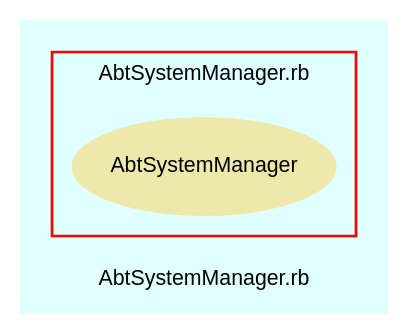
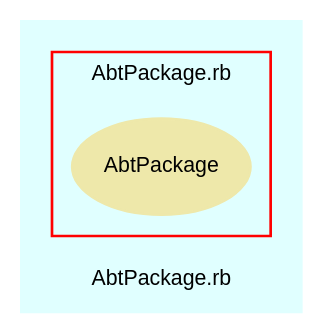
Before and after one commit to eschabell/abtlinux: the diagram in src/trunk/doc/dot/f_3.dot, drawn with Graphviz. The commit also changed 52 other files, not shown here.

Commit message:
Added test cases for AbtPackageMananger to suite, generated docs.

```diff
--- a/src/trunk/doc/dot/f_3.dot
+++ b/src/trunk/doc/dot/f_3.dot
@@ -1,28 +1,28 @@
 digraph TopLevel {
     compound = true
     bgcolor = lightcyan1
     fontname = Arial
     fontsize = 8
-    label = "AbtSystemManager.rb"
+    label = "AbtPackage.rb"
     node [
         fontname = Arial,
         fontsize = 8,
         color = black
     ]
 
     subgraph cluster_4 {
         fontname = Arial
         color = red
-        label = "AbtSystemManager.rb"
-        AbtSystemManager [
+        label = "AbtPackage.rb"
+        AbtPackage [
             fontcolor = black,
-            URL = "classes/AbtSystemManager.html",
+            URL = "classes/AbtPackage.html",
             shape = ellipse,
             color = palegoldenrod,
             style = filled,
-            label = "AbtSystemManager"
+            label = "AbtPackage"
         ]
 
     }
 
 }
```
